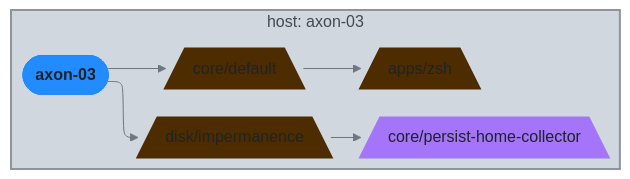
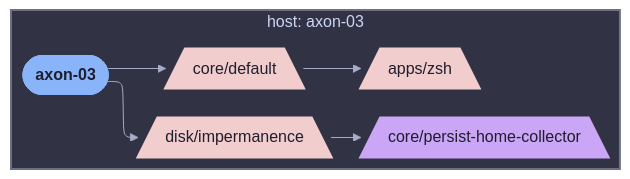
Before and after one commit to sini/nix-config: the diagram in diagrams/hosts/axon-03/class-homeManager.md, drawn with Mermaid. The commit also changed 142 other files, not shown here.

First line of the commit message:
feat(diagrams): use projectScope for per-host/user views

````diff
--- a/diagrams/hosts/axon-03/class-homeManager.md
+++ b/diagrams/hosts/axon-03/class-homeManager.md
@@ -5,28 +5,28 @@
 ```mermaid
-%%{init: {"elk":{"mergeEdges":true,"nodePlacementStrategy":"BRANDES_KOEPF"},"flowchart":{"wrappingWidth":600},"layout":"elk","theme":"base","themeVariables":{"activationBkgColor":"#d0d7de","activationBorderColor":"#8c959f","actorBkg":"#d0d7de","actorBorder":"#6e7781","actorLineColor":"#6e7781","actorTextColor":"#424a53","background":"#eaeef2","classText":"#424a53","clusterBkg":"#d0d7de","clusterBorder":"#8c959f","edgeLabelBackground":"#eaeef2","labelBoxBkgColor":"#d0d7de","labelBoxBorderColor":"#6e7781","labelTextColor":"#424a53","lineColor":"#6e7781","loopTextColor":"#424a53","mainBkg":"#d0d7de","nodeBkg":"#d0d7de","nodeBorder":"#6e7781","nodeTextColor":"#424a53","noteBkgColor":"#d0d7de","noteBorderColor":"#8c959f","noteTextColor":"#424a53","pie1":"#fa4549","pie2":"#e16f24","pie3":"#bf8700","pie4":"#2da44e","pie5":"#339D9B","pie6":"#218bff","pie7":"#a475f9","pie8":"#4d2d00","pieLegendTextColor":"#424a53","pieOuterStrokeColor":"#8c959f","pieSectionTextColor":"#424a53","pieStrokeColor":"#8c959f","pieTitleTextColor":"#424a53","primaryBorderColor":"#6e7781","primaryColor":"#d0d7de","primaryTextColor":"#424a53","secondBkg":"#d0d7de","secondaryBorderColor":"#8c959f","secondaryColor":"#d0d7de","secondaryTextColor":"#424a53","sequenceNumberColor":"#eaeef2","signalColor":"#6e7781","signalTextColor":"#424a53","tertiaryBorderColor":"#8c959f","tertiaryColor":"#d0d7de","tertiaryTextColor":"#424a53","textColor":"#424a53","titleColor":"#424a53"}}}%%
+%%{init: {"elk":{"mergeEdges":true,"nodePlacementStrategy":"BRANDES_KOEPF"},"flowchart":{"wrappingWidth":600},"layout":"elk","theme":"base","themeVariables":{"activationBkgColor":"#313244","activationBorderColor":"#6c7086","actorBkg":"#313244","actorBorder":"#a6adc8","actorLineColor":"#a6adc8","actorTextColor":"#cdd6f4","background":"#1e1e2e","classText":"#cdd6f4","clusterBkg":"#313244","clusterBorder":"#6c7086","edgeLabelBackground":"#1e1e2e","labelBoxBkgColor":"#313244","labelBoxBorderColor":"#a6adc8","labelTextColor":"#cdd6f4","lineColor":"#a6adc8","loopTextColor":"#cdd6f4","mainBkg":"#313244","nodeBkg":"#313244","nodeBorder":"#a6adc8","nodeTextColor":"#cdd6f4","noteBkgColor":"#313244","noteBorderColor":"#6c7086","noteTextColor":"#cdd6f4","pie1":"#f38ba8","pie2":"#fab387","pie3":"#f9e2af","pie4":"#a6e3a1","pie5":"#94e2d5","pie6":"#89b4fa","pie7":"#cba6f7","pie8":"#f2cdcd","pieLegendTextColor":"#cdd6f4","pieOuterStrokeColor":"#6c7086","pieSectionTextColor":"#cdd6f4","pieStrokeColor":"#6c7086","pieTitleTextColor":"#cdd6f4","primaryBorderColor":"#a6adc8","primaryColor":"#313244","primaryTextColor":"#cdd6f4","secondBkg":"#313244","secondaryBorderColor":"#6c7086","secondaryColor":"#313244","secondaryTextColor":"#cdd6f4","sequenceNumberColor":"#1e1e2e","signalColor":"#a6adc8","signalTextColor":"#cdd6f4","tertiaryBorderColor":"#6c7086","tertiaryColor":"#313244","tertiaryTextColor":"#cdd6f4","textColor":"#cdd6f4","titleColor":"#cdd6f4"}}}%%
 graph LR
   axon_03([axon-03]):::root
 
   subgraph ctx_host_axon_03["host: axon-03"]
   core__default[/"core/default"\]:::core__default_c
   disk__impermanence[/"disk/impermanence"\]:::disk__impermanence_c
   core__persist_home_collector[/"core/persist-home-collector"\]:::core__persist_home_collector_c
   apps__zsh[/"apps/zsh"\]:::apps__zsh_c
   axon_03 --> core__default
   axon_03 --> disk__impermanence
   core__default --> apps__zsh
   disk__impermanence --> core__persist_home_collector
   end
 
 
-  classDef root fill:#218bff,stroke:#218bff,color:#1f2328,font-weight:bold
-  classDef apps_c fill:#2da44e,stroke:#2da44e,color:#1f2328,stroke-dasharray: 3 3,stroke-width:1px
-  classDef axon_03_c fill:#4d2d00,stroke:#4d2d00,color:#1f2328,stroke-width:3px
-  classDef core_c fill:#bf8700,stroke:#bf8700,color:#1f2328,stroke-dasharray: 3 3,stroke-width:1px
-  classDef core__default_c fill:#4d2d00,stroke:#4d2d00,color:#1f2328,stroke-width:3px
-  classDef disk_c fill:#2da44e,stroke:#2da44e,color:#1f2328,stroke-dasharray: 3 3,stroke-width:1px
-  classDef disk__impermanence_c fill:#4d2d00,stroke:#4d2d00,color:#1f2328,stroke-width:3px
-  classDef core__persist_home_collector_c fill:#a475f9,stroke:#a475f9,color:#1f2328,stroke-width:3px
-  classDef apps__zsh_c fill:#4d2d00,stroke:#4d2d00,color:#1f2328,stroke-width:3px
-style ctx_host_axon_03 fill:#d0d7de,stroke:#8c959f,stroke-width:2px
+  classDef root fill:#89b4fa,stroke:#89b4fa,color:#1e1e2e,font-weight:bold
+  classDef apps_c fill:#a6e3a1,stroke:#a6e3a1,color:#1e1e2e,stroke-dasharray: 3 3,stroke-width:1px
+  classDef axon_03_c fill:#f2cdcd,stroke:#f2cdcd,color:#1e1e2e,stroke-width:3px
+  classDef core_c fill:#f9e2af,stroke:#f9e2af,color:#1e1e2e,stroke-dasharray: 3 3,stroke-width:1px
+  classDef core__default_c fill:#f2cdcd,stroke:#f2cdcd,color:#1e1e2e,stroke-width:3px
+  classDef disk_c fill:#a6e3a1,stroke:#a6e3a1,color:#1e1e2e,stroke-dasharray: 3 3,stroke-width:1px
+  classDef disk__impermanence_c fill:#f2cdcd,stroke:#f2cdcd,color:#1e1e2e,stroke-width:3px
+  classDef core__persist_home_collector_c fill:#cba6f7,stroke:#cba6f7,color:#1e1e2e,stroke-width:3px
+  classDef apps__zsh_c fill:#f2cdcd,stroke:#f2cdcd,color:#1e1e2e,stroke-width:3px
+style ctx_host_axon_03 fill:#313244,stroke:#6c7086,stroke-width:2px
 ```
````
